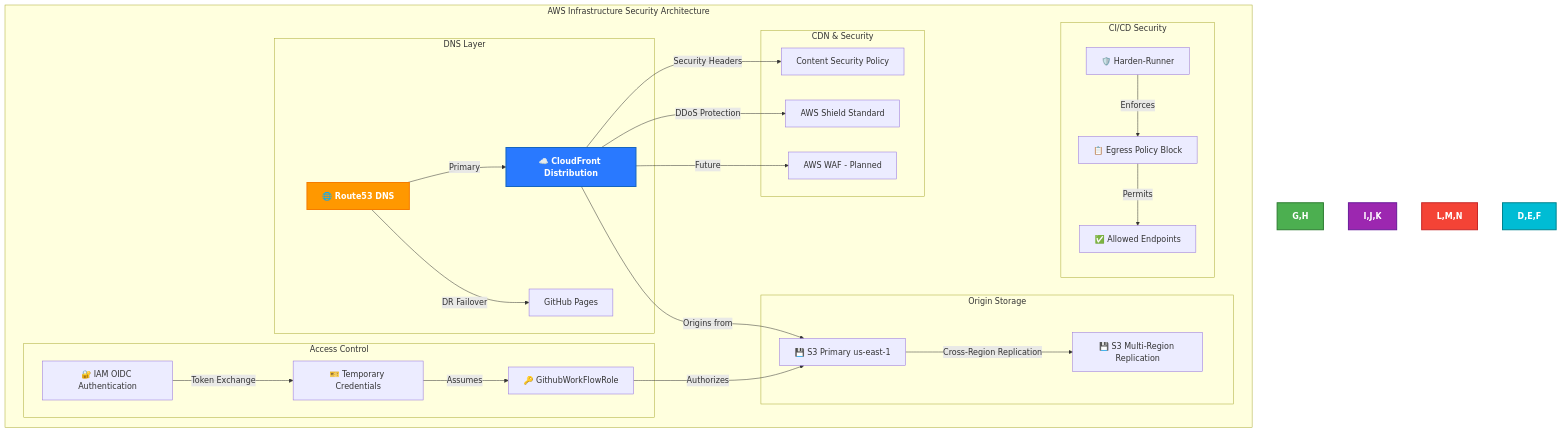
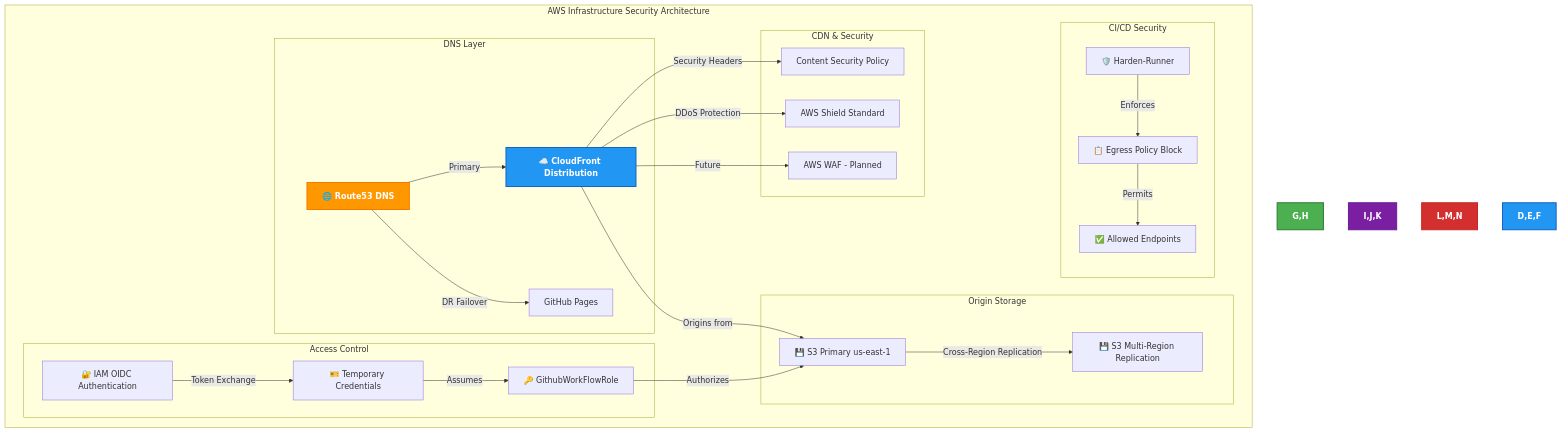
One commit to step-security-bot/cia-compliance-manager changed the seventh of 32 diagrams in docs/architecture/SECURITY_ARCHITECTURE.md. Above: the diagram before and after it, drawn with Mermaid. The commit also changed other lines of this file and 27 other files, not shown here.

First line of the commit message:
fix: resolve broken mermaid diagrams and improve color coding to match ISMS style guide (#1106)

````diff
--- a/docs/architecture/SECURITY_ARCHITECTURE.md
+++ b/docs/architecture/SECURITY_ARCHITECTURE.md
@@ -363,49 +363,49 @@
 ```mermaid
 flowchart TB
     subgraph "AWS Infrastructure Security Architecture"
         subgraph "DNS Layer"
             A[🌐 Route53 DNS]
             A -->|Primary| B[CloudFront Distribution]
             A -->|DR Failover| C[GitHub Pages]
         end
         
         subgraph "CDN & Security"
             B[☁️ CloudFront Distribution]
             B -->|Security Headers| D[Content Security Policy]
             B -->|DDoS Protection| E[AWS Shield Standard]
             B -->|Future| F[AWS WAF - Planned]
         end
         
         subgraph "Origin Storage"
             G[💾 S3 Primary us-east-1]
             H[💾 S3 Multi-Region Replication]
             G -->|Cross-Region Replication| H
         end
         
         subgraph "Access Control"
             I[🔐 IAM OIDC Authentication]
             J[🎫 Temporary Credentials]
             K[🔑 GithubWorkFlowRole]
             I -->|Token Exchange| J
             J -->|Assumes| K
             K -->|Authorizes| G
         end
         
         subgraph "CI/CD Security"
             L[🛡️ Harden-Runner]
             M[📋 Egress Policy Block]
             N[✅ Allowed Endpoints]
             L -->|Enforces| M
             M -->|Permits| N
         end
         
         B -->|Origins from| G
     end
 
     style A fill:#FF9800,stroke:#F57C00,stroke-width:2px,color:white,font-weight:bold
-    style B fill:#2979FF,stroke:#1565C0,stroke-width:2px,color:white,font-weight:bold
+    style B fill:#2196F3,stroke:#1565C0,stroke-width:2px,color:white,font-weight:bold
     style G,H fill:#4CAF50,stroke:#2E7D32,stroke-width:2px,color:white,font-weight:bold
-    style I,J,K fill:#9C27B0,stroke:#6A1B9A,stroke-width:2px,color:white,font-weight:bold
-    style L,M,N fill:#F44336,stroke:#C62828,stroke-width:2px,color:white,font-weight:bold
-    style D,E,F fill:#00BCD4,stroke:#00838F,stroke-width:2px,color:white,font-weight:bold
+    style I,J,K fill:#7B1FA2,stroke:#6A1B9A,stroke-width:2px,color:white,font-weight:bold
+    style L,M,N fill:#D32F2F,stroke:#C62828,stroke-width:2px,color:white,font-weight:bold
+    style D,E,F fill:#2196F3,stroke:#1565C0,stroke-width:2px,color:white,font-weight:bold
 ```
````
